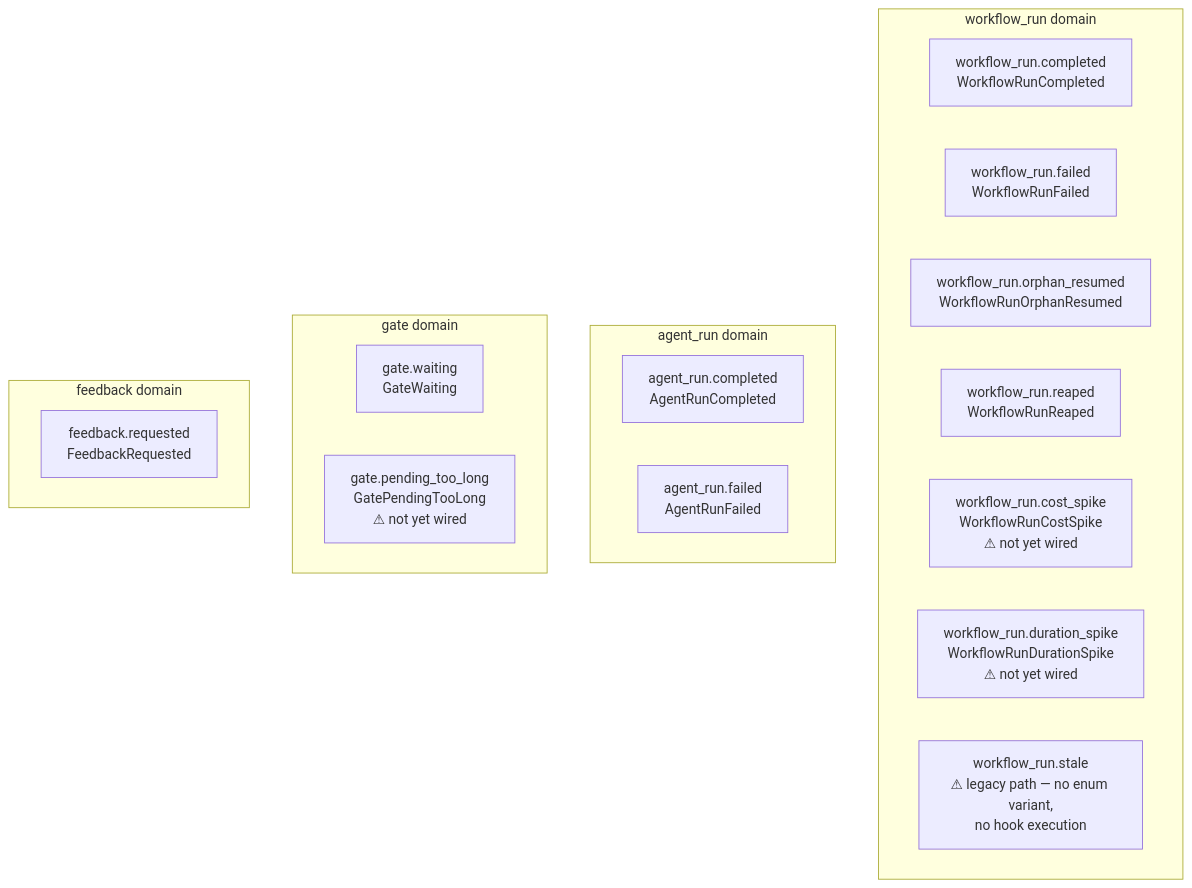
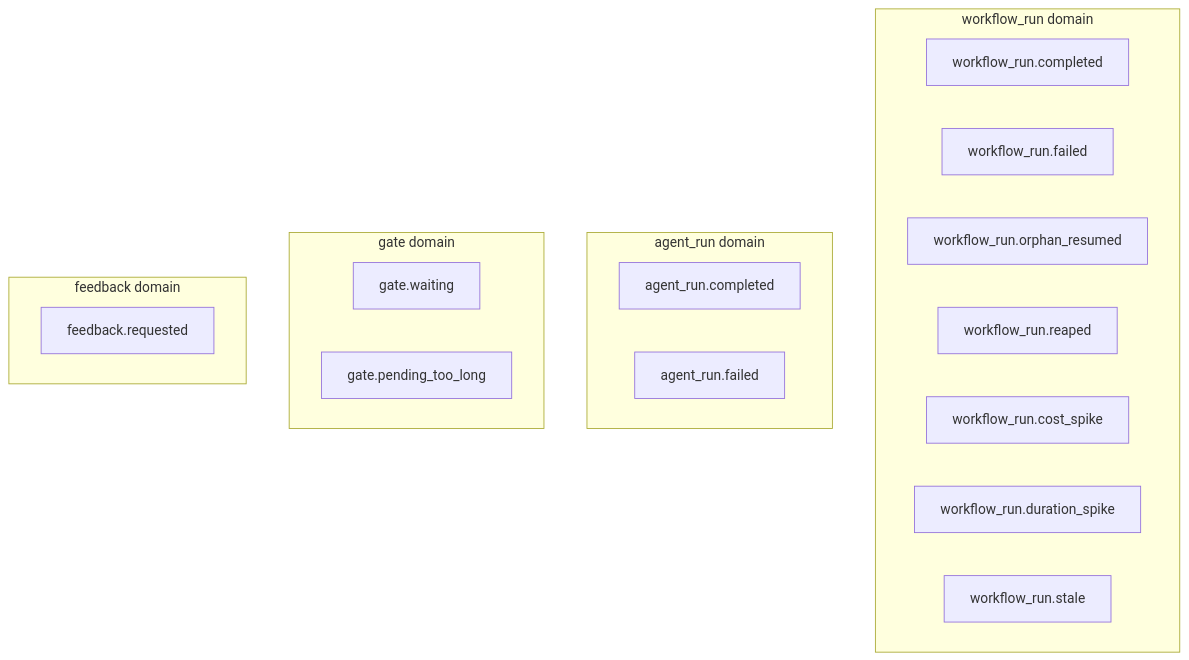
Before and after one commit to devinrosen/conductor-ai: the first of 6 diagrams in docs/notification-hooks.md, drawn with Mermaid. The commit also changed other lines of this file and 35 other files, not shown here.

````diff
--- a/docs/notification-hooks.md
+++ b/docs/notification-hooks.md
@@ -13,26 +15,26 @@
 ```mermaid
 flowchart TD
     subgraph WF["workflow_run domain"]
-        WRC["workflow_run.completed\nWorkflowRunCompleted"]
-        WRF["workflow_run.failed\nWorkflowRunFailed"]
-        WRO["workflow_run.orphan_resumed\nWorkflowRunOrphanResumed"]
-        WRR["workflow_run.reaped\nWorkflowRunReaped"]
-        WCS["workflow_run.cost_spike\nWorkflowRunCostSpike\n⚠ not yet wired"]
-        WDS["workflow_run.duration_spike\nWorkflowRunDurationSpike\n⚠ not yet wired"]
-        WRS["workflow_run.stale\n⚠ legacy path — no enum variant,\nno hook execution"]
+        WRC["workflow_run.completed"]
+        WRF["workflow_run.failed"]
+        WRO["workflow_run.orphan_resumed"]
+        WRR["workflow_run.reaped"]
+        WCS["workflow_run.cost_spike"]
+        WDS["workflow_run.duration_spike"]
+        WRS["workflow_run.stale"]
     end
 
     subgraph AG["agent_run domain"]
-        ARC["agent_run.completed\nAgentRunCompleted"]
-        ARF["agent_run.failed\nAgentRunFailed"]
+        ARC["agent_run.completed"]
+        ARF["agent_run.failed"]
     end
 
     subgraph GT["gate domain"]
-        GW["gate.waiting\nGateWaiting"]
-        GPT["gate.pending_too_long\nGatePendingTooLong\n⚠ not yet wired"]
+        GW["gate.waiting"]
+        GPT["gate.pending_too_long"]
     end
 
     subgraph FB["feedback domain"]
-        FR["feedback.requested\nFeedbackRequested"]
+        FR["feedback.requested"]
     end
 ```
````
